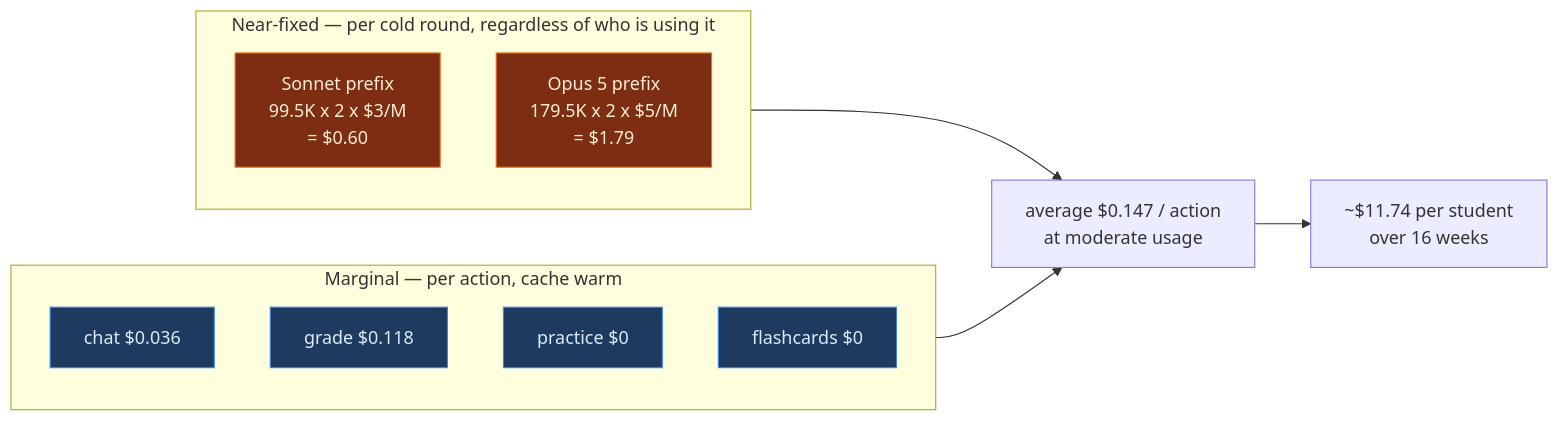
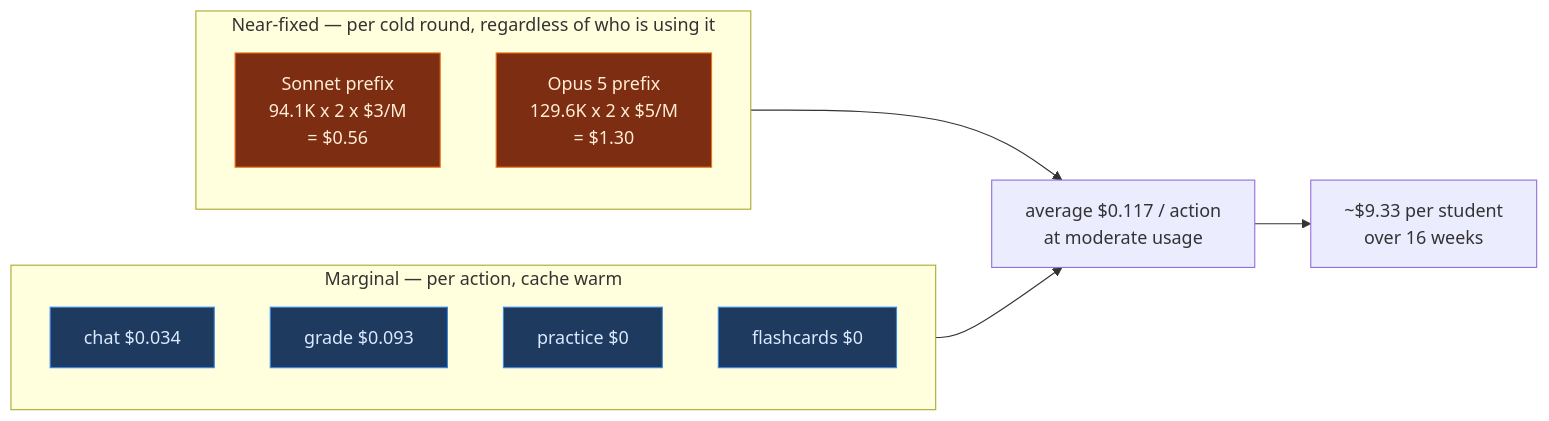
One commit to ngwtl/captain-thermo changed the second of 3 diagrams in docs/architecture.md. Above: the diagram before and after it, drawn with Mermaid. The commit also changed other lines of this file and 7 other files, not shown here.

````diff
--- a/docs/architecture.md
+++ b/docs/architecture.md
@@ -66,21 +74,21 @@
 ```mermaid
 flowchart LR
     subgraph FIXED ["Near-fixed — per cold round, regardless of who is using it"]
-        W1["Sonnet prefix<br/>99.5K x 2 x $3/M<br/>= $0.60"]
-        W2["Opus 5 prefix<br/>179.5K x 2 x $5/M<br/>= $1.79"]
+        W1["Sonnet prefix<br/>94.1K x 2 x $3/M<br/>= $0.56"]
+        W2["Opus 5 prefix<br/>129.6K x 2 x $5/M<br/>= $1.30"]
     end
     subgraph VAR ["Marginal — per action, cache warm"]
-        V1["chat $0.036"]
-        V2["grade $0.118"]
+        V1["chat $0.034"]
+        V2["grade $0.093"]
         V3["practice $0"]
         V4["flashcards $0"]
     end
-    FIXED --> AVG["average $0.147 / action<br/>at moderate usage"]
+    FIXED --> AVG["average $0.117 / action<br/>at moderate usage"]
     VAR --> AVG
-    AVG --> T["~$11.74 per student<br/>over 16 weeks"]
+    AVG --> T["~$9.33 per student<br/>over 16 weeks"]
 
     classDef fx fill:#7c2d12,stroke:#ea7317,color:#ffedd5
     classDef vr fill:#1e3a5f,stroke:#3987e5,color:#dbeafe
     class W1,W2 fx
     class V1,V2,V3,V4 vr
 ```
````
